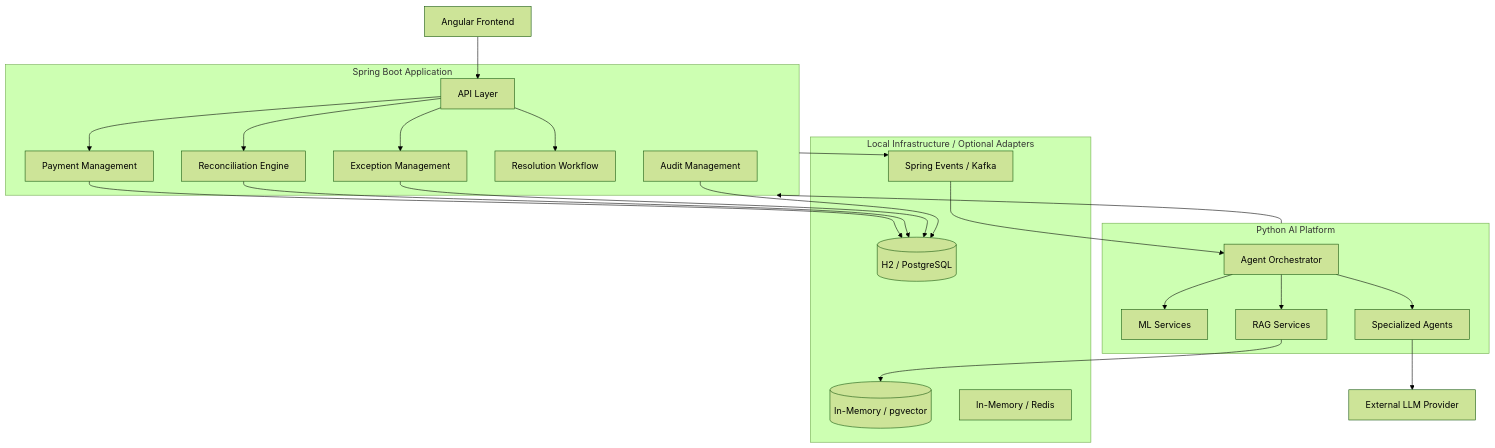
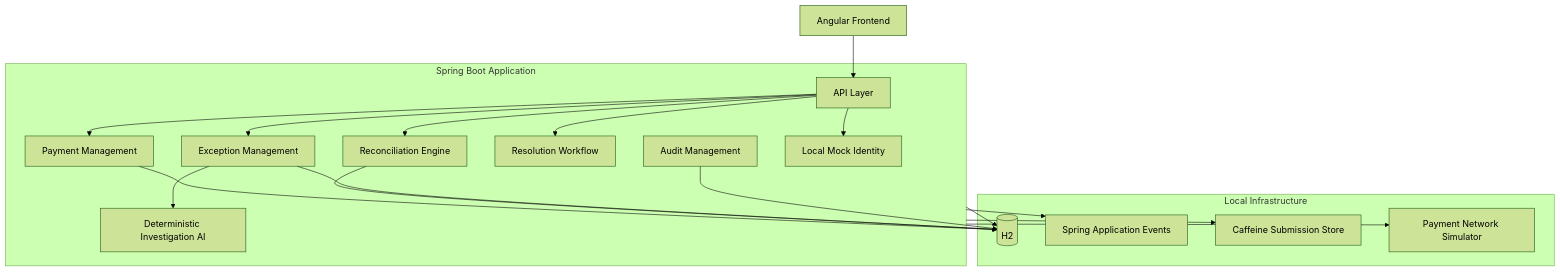
Before and after one commit to pauluswi/arus-ai: the second of 8 diagrams in docs/ARC42.md, drawn with Mermaid (forest theme). The commit also changed other lines of this file and 2 other files, not shown here.

````diff
--- a/docs/ARC42.md
+++ b/docs/ARC42.md
@@ -332,51 +340,40 @@
 ```mermaid
 flowchart TB
     UI[Angular Frontend]
 
     subgraph CORE[Spring Boot Application]
         API[API Layer]
         PM[Payment Management]
         RE[Reconciliation Engine]
         EM[Exception Management]
         WF[Resolution Workflow]
         AUD[Audit Management]
+        AI[Deterministic Investigation AI]
+        AUTH[Local Mock Identity]
     end
 
-    subgraph AI[Python AI Platform]
-        ORCH[Agent Orchestrator]
-        ML[ML Services]
-        RAG[RAG Services]
-        AGENTS[Specialized Agents]
+    subgraph INFRA[Local Infrastructure]
+        DB[(H2)]
+        EVENTS[Spring Application Events]
+        CACHE[Caffeine Submission Store]
+        NETWORK[Payment Network Simulator]
     end
-
-    subgraph INFRA[Local Infrastructure / Optional Adapters]
-        DB[(H2 / PostgreSQL)]
-        VDB[(In-Memory / pgvector)]
-        EVENTS[Spring Events / Kafka]
-        CACHE[In-Memory / Redis]
-    end
-
-    LLM[External LLM Provider]
 
     UI --> API
     API --> PM
     API --> RE
     API --> EM
     API --> WF
 
     PM --> DB
     RE --> DB
     EM --> DB
     AUD --> DB
 
+    CORE --> DB
     CORE --> EVENTS
-    EVENTS --> ORCH
-
-    ORCH --> ML
-    ORCH --> RAG
-    ORCH --> AGENTS
-
-    RAG --> VDB
-    AGENTS --> LLM
-    AI --> CORE
+    CORE --> CACHE
+    CORE --> NETWORK
+    EM --> AI
+    API --> AUTH
 ```
````
